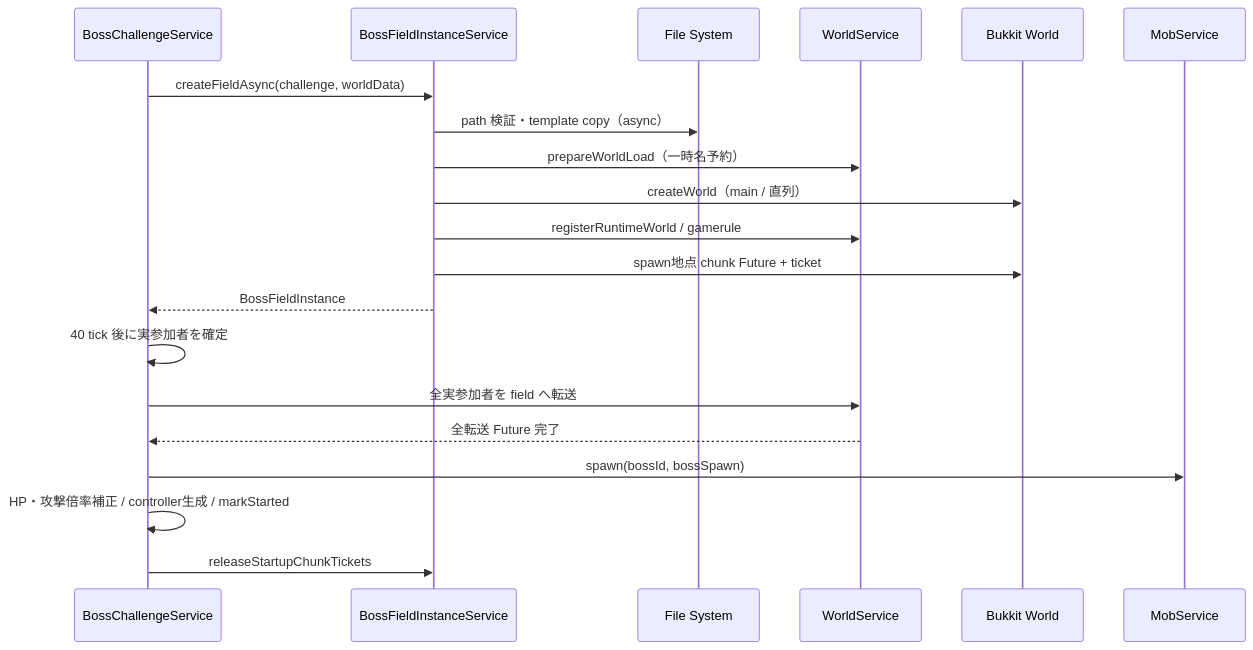
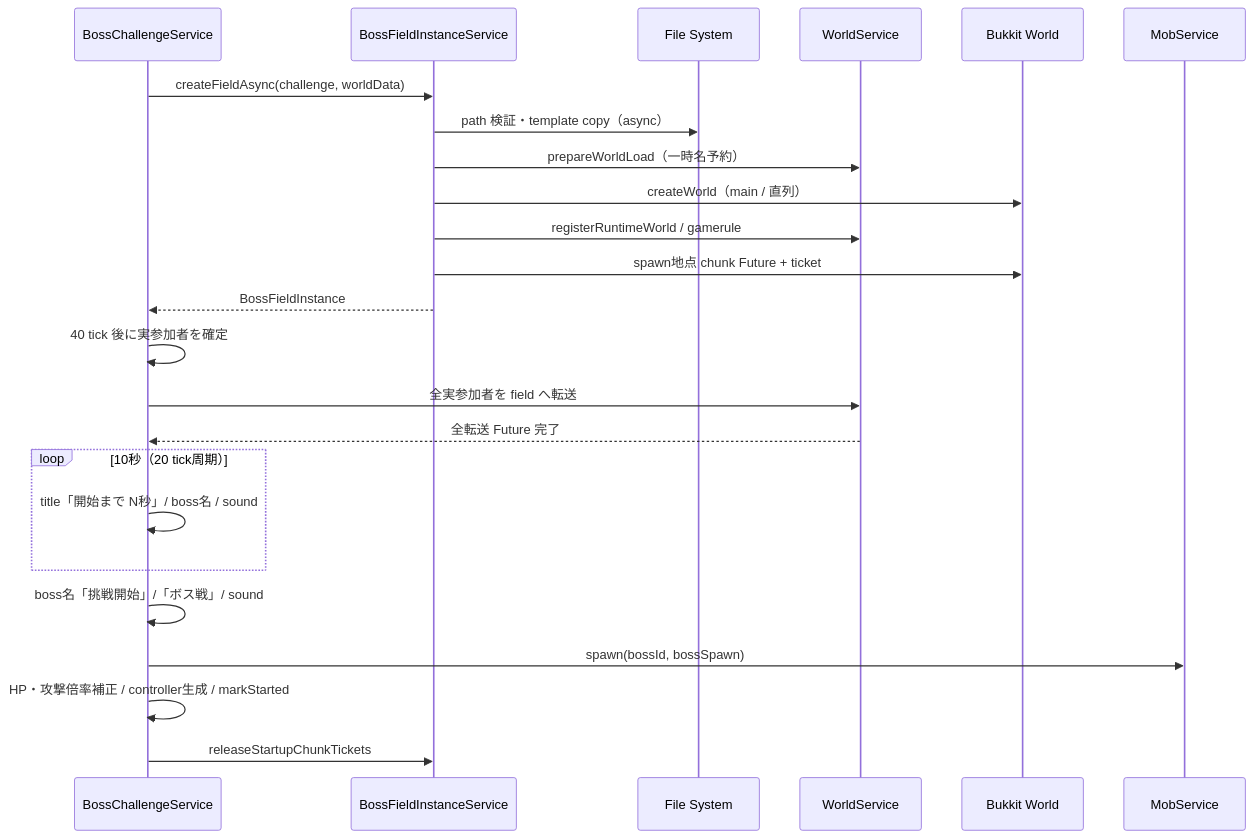
Before and after one commit to maaasu/AstralRecord-Workspace: the second of 6 diagrams in 00_docs/10_Plugin設計書/feature/26-boss/26_4-統合フロー.md, drawn with Mermaid. The commit also changed other lines of this file and 53 other files, not shown here.

````diff
--- a/00_docs/10_Plugin設計書/feature/26-boss/26_4-統合フロー.md
+++ b/00_docs/10_Plugin設計書/feature/26-boss/26_4-統合フロー.md
@@ -46,23 +46,27 @@
 ```mermaid
 sequenceDiagram
     participant B as BossChallengeService
     participant F as BossFieldInstanceService
     participant FS as File System
     participant WS as WorldService
     participant BW as Bukkit World
     participant M as MobService
 
     B->>F: createFieldAsync(challenge, worldData)
     F->>FS: path 検証・template copy（async）
     F->>WS: prepareWorldLoad（一時名予約）
     F->>BW: createWorld（main / 直列）
     F->>WS: registerRuntimeWorld / gamerule
     F->>BW: spawn地点 chunk Future + ticket
     F-->>B: BossFieldInstance
     B->>B: 40 tick 後に実参加者を確定
     B->>WS: 全実参加者を field へ転送
     WS-->>B: 全転送 Future 完了
+    loop 10秒（20 tick周期）
+        B->>B: title「開始まで N秒」/ boss名 / sound
+    end
+    B->>B: boss名「挑戦開始」/「ボス戦」/ sound
     B->>M: spawn(bossId, bossSpawn)
     B->>B: HP・攻撃倍率補正 / controller生成 / markStarted
     B->>F: releaseStartupChunkTickets
 ```
````
